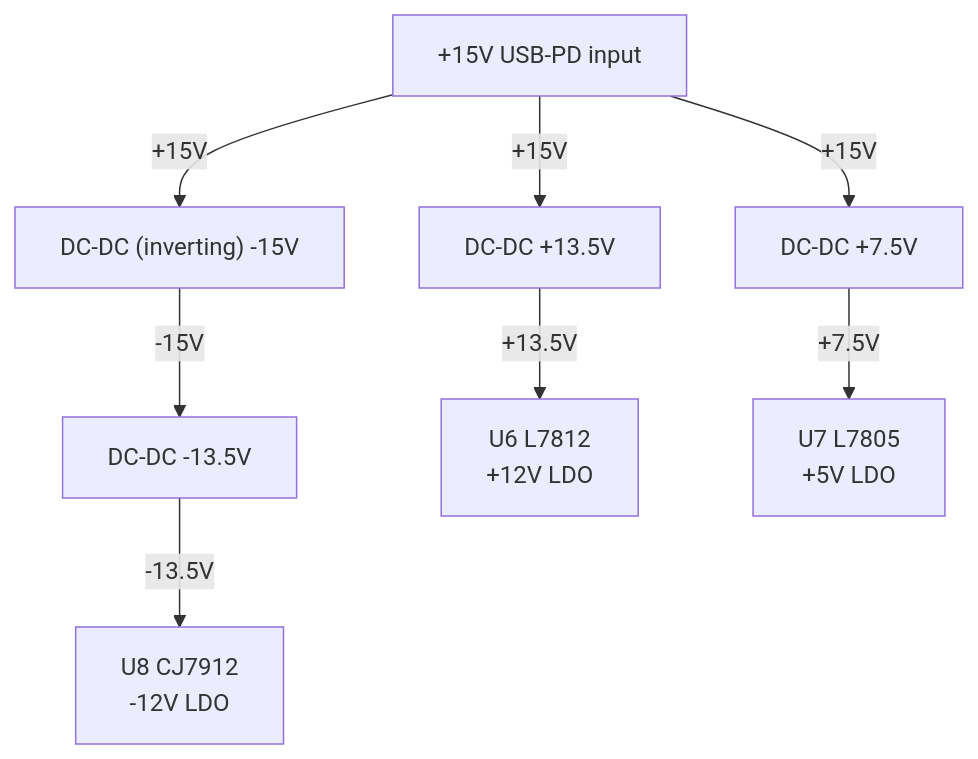
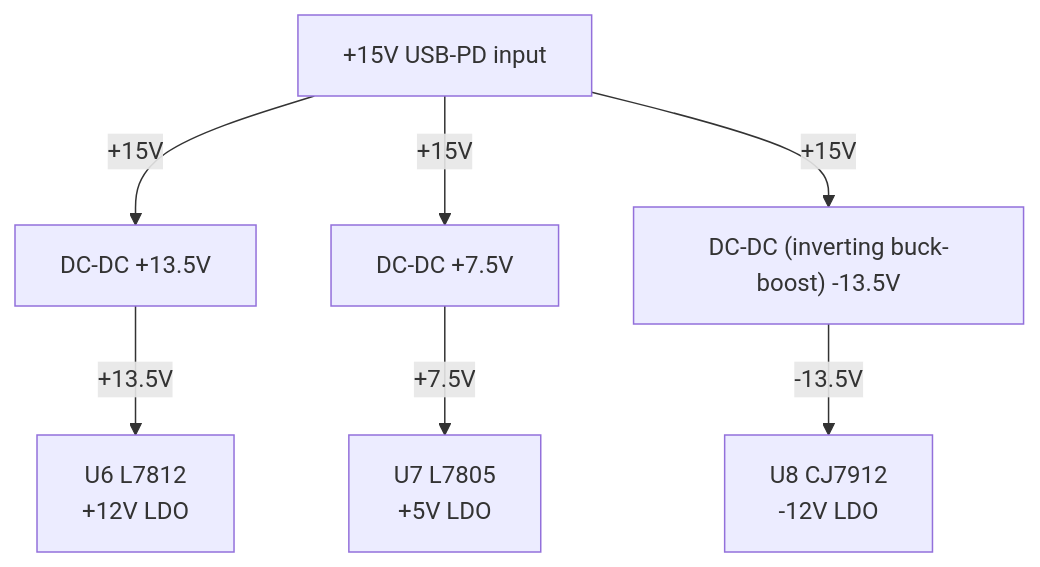
One commit to Takazudo/zudo-pd changed the first of 2 diagrams in doc/src/content/docs/how-to/net-table-convention.md. Above: the diagram before and after it, drawn with Mermaid. The commit also changed 3 other files, not shown here.

````diff
--- a/doc/src/content/docs/how-to/net-table-convention.md
+++ b/doc/src/content/docs/how-to/net-table-convention.md
@@ -61,10 +61,9 @@
 ```mermaid
 flowchart TD
   IN["+15V USB-PD input"] -->|"+15V"| DCDC1["DC-DC +13.5V"]
   IN -->|"+15V"| DCDC2["DC-DC +7.5V"]
-  IN -->|"+15V"| DCDC3["DC-DC (inverting) -15V"]
-  DCDC3 -->|"-15V"| DCDC4["DC-DC -13.5V"]
+  IN -->|"+15V"| DCDC3["DC-DC (inverting buck-boost) -13.5V"]
   DCDC1 -->|"+13.5V"| U6["U6 L7812\n+12V LDO"]
   DCDC2 -->|"+7.5V"| U7["U7 L7805\n+5V LDO"]
-  DCDC4 -->|"-13.5V"| U8["U8 CJ7912\n-12V LDO"]
+  DCDC3 -->|"-13.5V"| U8["U8 CJ7912\n-12V LDO"]
 ```
````
